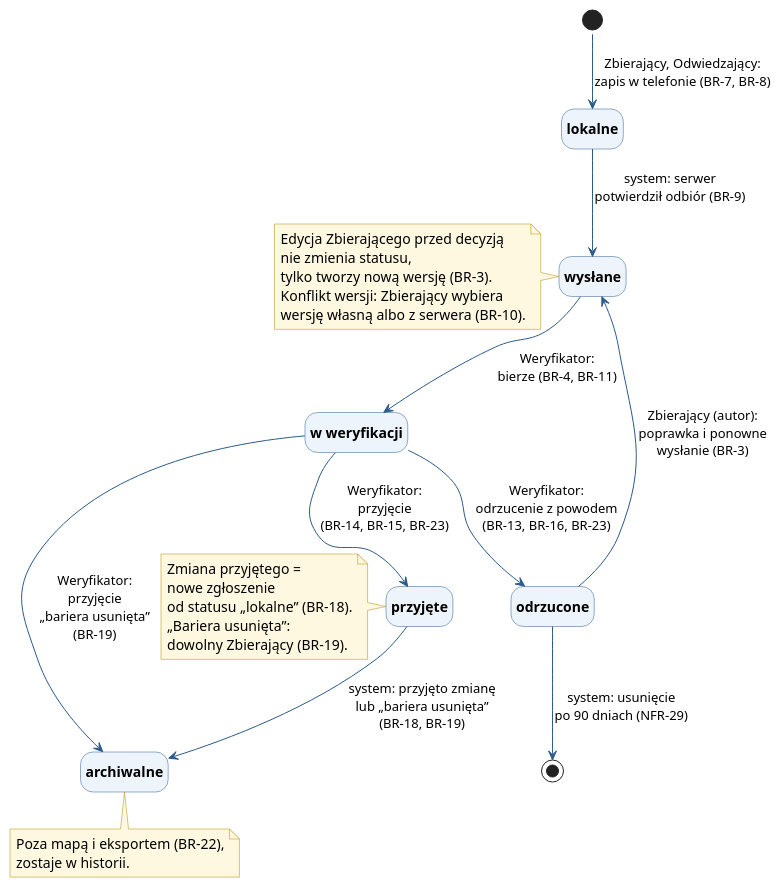
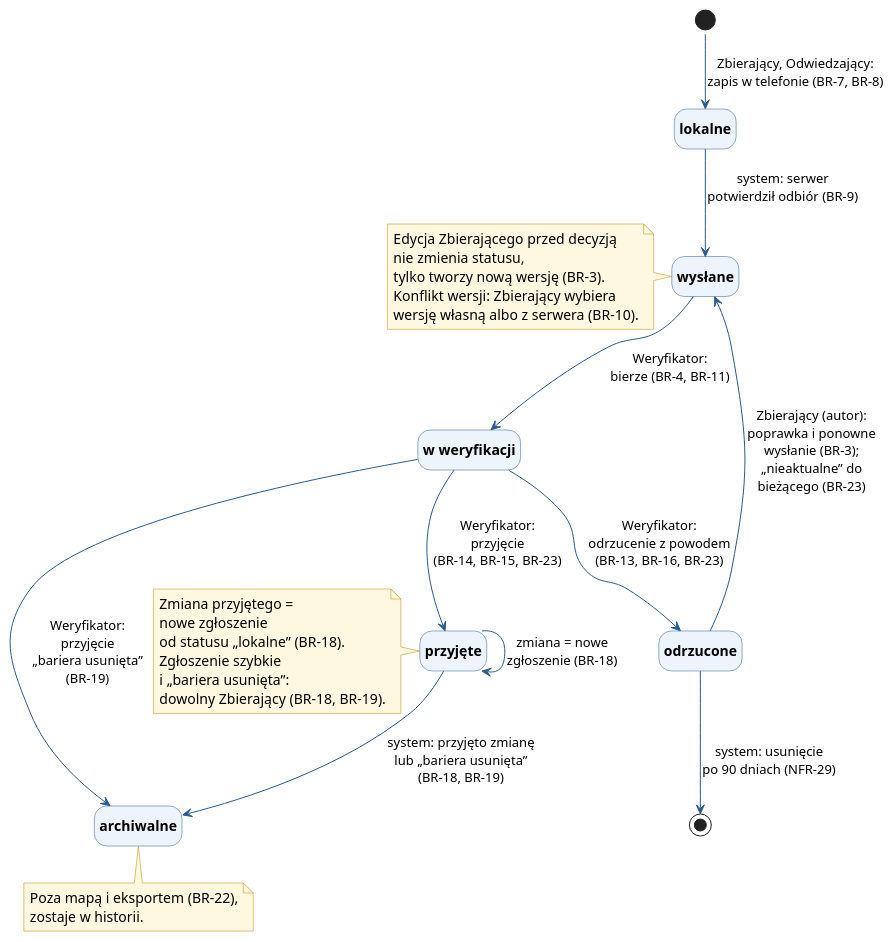
Before and after one commit to dostepny-kampus/dostepny-kampus: the diagram in docs/docs/biznes/cykl-zgloszenia.puml, drawn with PlantUML. The commit also changed 1 other file, not shown here.

```diff
--- a/docs/docs/biznes/cykl-zgloszenia.puml
+++ b/docs/docs/biznes/cykl-zgloszenia.puml
@@ -1,54 +1,56 @@
 @startuml
 !pragma layout smetana
 hide empty description
 skinparam defaultFontSize 14
 skinparam ArrowColor #2B5A8C
 skinparam ArrowFontSize 13
 skinparam state {
   BackgroundColor #EEF4FB
   BorderColor #2B5A8C
   FontStyle bold
 }
 skinparam note {
   BackgroundColor #FFF8E1
   BorderColor #B08900
 }
 
 state "lokalne" as L
 state "wysłane" as W
 state "w weryfikacji" as V
 state "przyjęte" as P
 state "odrzucone" as O
 state "archiwalne" as A
 
 [*] --> L : Zbierający, Odwiedzający:\nzapis w telefonie (BR-7, BR-8)
 L --> W : system: serwer\npotwierdził odbiór (BR-9)
 W --> V : Weryfikator:\nbierze (BR-4, BR-11)
 V --> P : Weryfikator:\nprzyjęcie\n(BR-14, BR-15, BR-23)
 V --> O : Weryfikator:\nodrzucenie z powodem\n(BR-13, BR-16, BR-23)
-O --> W : Zbierający (autor):\npoprawka i ponowne\nwysłanie (BR-3)
+O --> W : Zbierający (autor):\npoprawka i ponowne\nwysłanie (BR-3);\n„nieaktualne” do\nbieżącego (BR-23)
 O --> [*] : system: usunięcie\npo 90 dniach (NFR-29)
 P --> A : system: przyjęto zmianę\nlub „bariera usunięta”\n(BR-18, BR-19)
+P --> P : zmiana = nowe\nzgłoszenie (BR-18)
 V --> A : Weryfikator:\nprzyjęcie\n„bariera usunięta”\n(BR-19)
 
 note left of P
   Zmiana przyjętego =
   nowe zgłoszenie
   od statusu „lokalne” (BR-18).
-  „Bariera usunięta”:
-  dowolny Zbierający (BR-19).
+  Zgłoszenie szybkie
+  i „bariera usunięta”:
+  dowolny Zbierający (BR-18, BR-19).
 end note
 
 note bottom of A
   Poza mapą i eksportem (BR-22),
   zostaje w historii.
 end note
 
 note left of W
   Edycja Zbierającego przed decyzją
   nie zmienia statusu,
   tylko tworzy nową wersję (BR-3).
   Konflikt wersji: Zbierający wybiera
   wersję własną albo z serwera (BR-10).
 end note
 @enduml
```
